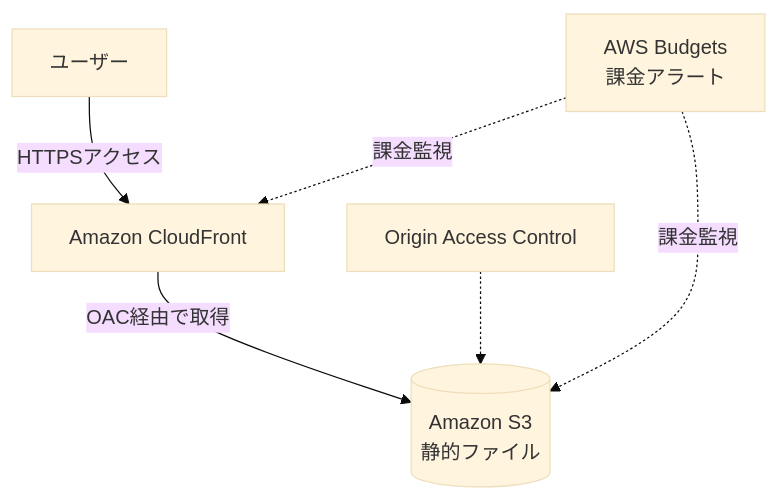
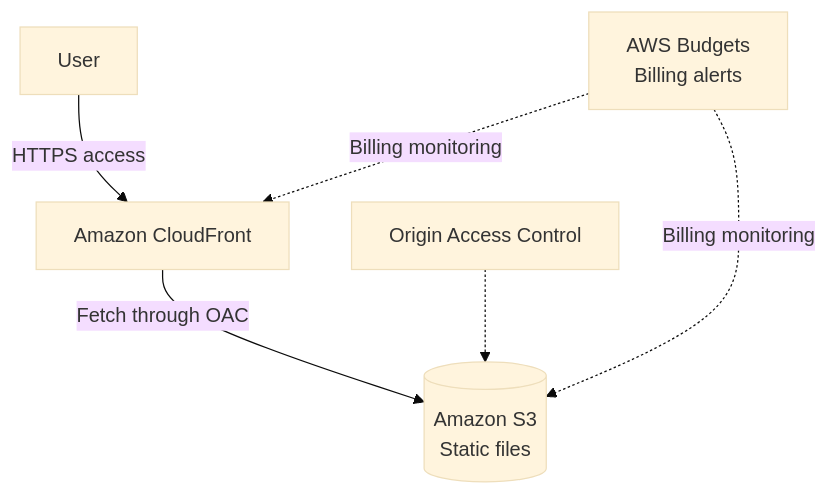
The first of 11 diagrams in docs/designs/04_aws_architecture_design.md (vincentmango-wen/aws-cert-roadmap-lab), drawn with Mermaid (base theme) before and after one commit. The commit also changed other lines of this file and 117 other files, not shown here.

````diff
--- a/docs/designs/04_aws_architecture_design.md
+++ b/docs/designs/04_aws_architecture_design.md
@@ -83,14 +83,14 @@
 ```mermaid
 flowchart TD
-    User[ユーザー]
+    User[User]
     CF[Amazon CloudFront]
-    S3[(Amazon S3<br/>静的ファイル)]
+    S3[(Amazon S3<br/>Static files)]
     OAC[Origin Access Control]
-    Budget[AWS Budgets<br/>課金アラート]
+    Budget[AWS Budgets<br/>Billing alerts]
 
-    User -->|HTTPSアクセス| CF
-    CF -->|OAC経由で取得| S3
+    User -->|HTTPS access| CF
+    CF -->|Fetch through OAC| S3
     OAC -.-> S3
-    Budget -.->|課金監視| CF
-    Budget -.->|課金監視| S3
+    Budget -.->|Billing monitoring| CF
+    Budget -.->|Billing monitoring| S3
 ```
````
